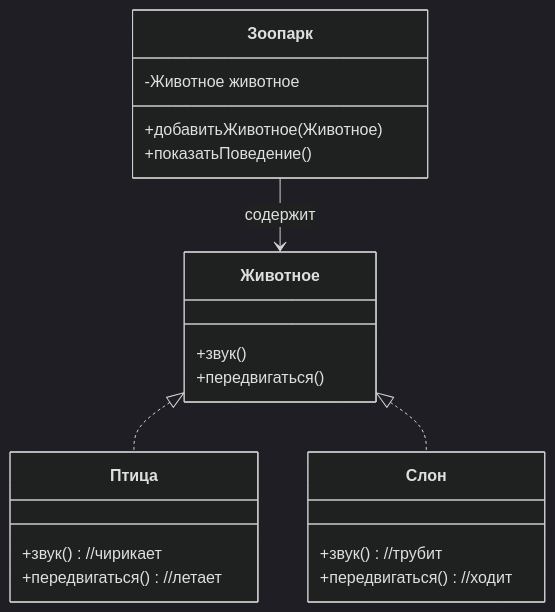
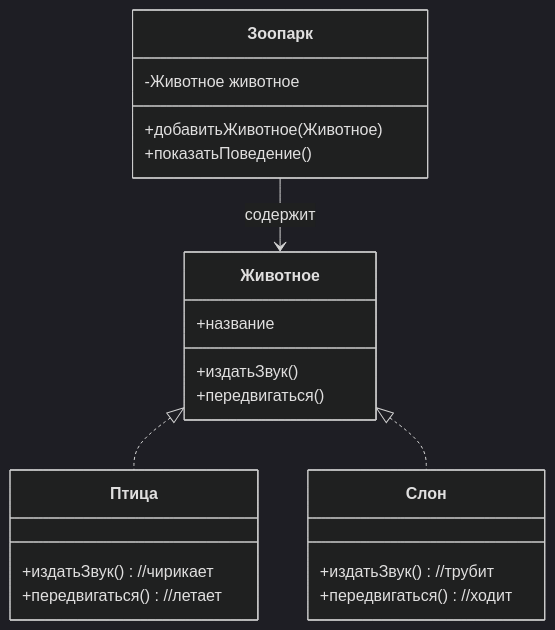
One commit to Metaf-x/03.04-General-OOP changed the first of 8 diagrams in README.md. Above: the diagram before and after it, drawn with Mermaid (dark theme). The commit also changed other lines of this file, not shown here.

````diff
--- a/README.md
+++ b/README.md
@@ -32,23 +27,24 @@
 ```mermaid
 classDiagram
 	Зоопарк --> Животное : содержит
 	Животное <|.. Птица
 	Животное <|.. Слон
 	class Зоопарк {
 		-Животное животное
 		+добавитьЖивотное(Животное)
 		+показатьПоведение()	
 	}
 	class Животное {
-		+звук()
+		+название
+		+издатьЗвук()
 		+передвигаться()
 	}
 	class Слон {
-		+звук() //трубит
+		+издатьЗвук() //трубит
 		+передвигаться() //ходит		
 	}
 	class Птица {
-		+звук() //чирикает
+		+издатьЗвук() //чирикает
 		+передвигаться() //летает		
 	}
 ```
````
